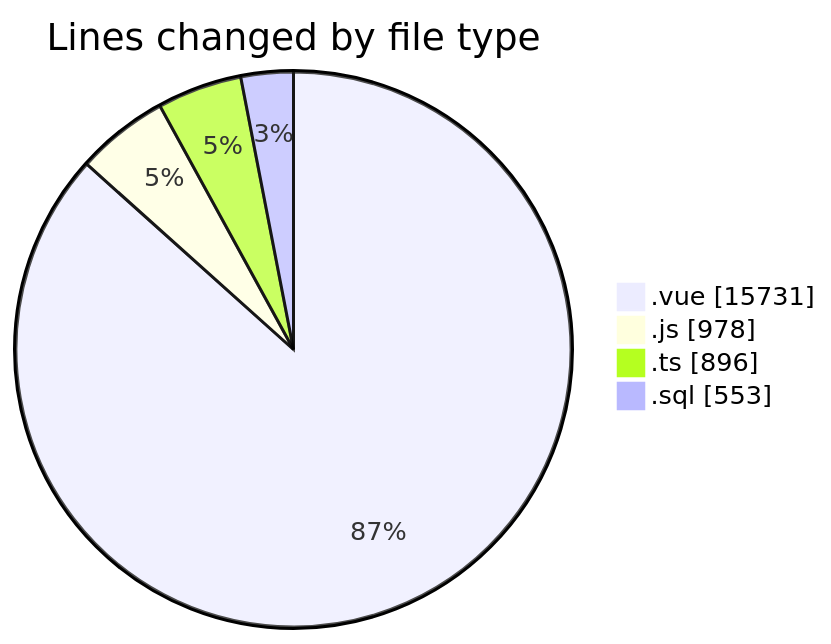
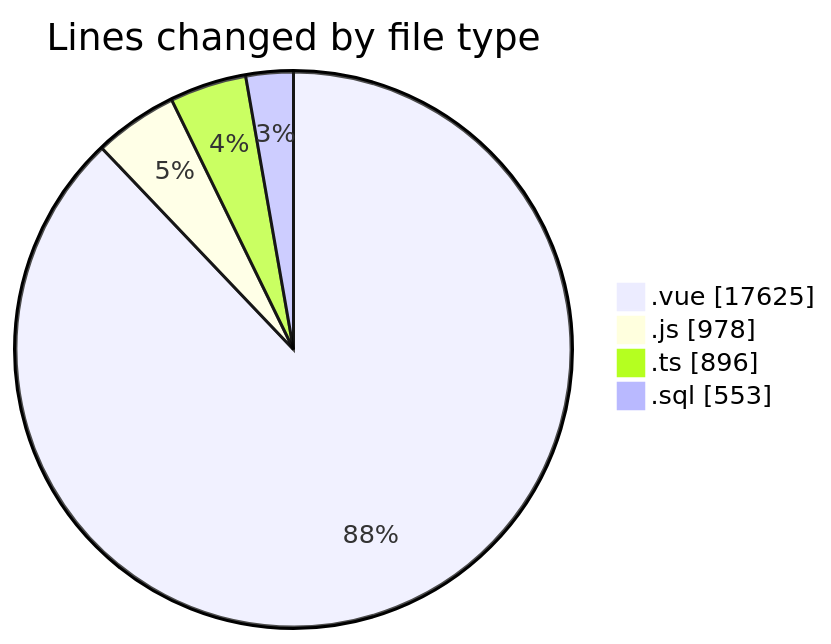
One commit to lephambinh05/code-tracking changed the first of 2 diagrams in 2025-08-13/rentotp/README.md. Above: the diagram before and after it, drawn with Mermaid. The commit also changed other lines of this file and 1 other file, not shown here.

````diff
--- a/2025-08-13/rentotp/README.md
+++ b/2025-08-13/rentotp/README.md
@@ -42,8 +42,8 @@
 ```mermaid
 pie showData
 title Lines changed by file type
-".vue" : 15731
+".vue" : 17625
 ".js" : 978
 ".ts" : 896
 ".sql" : 553
 ```
````
